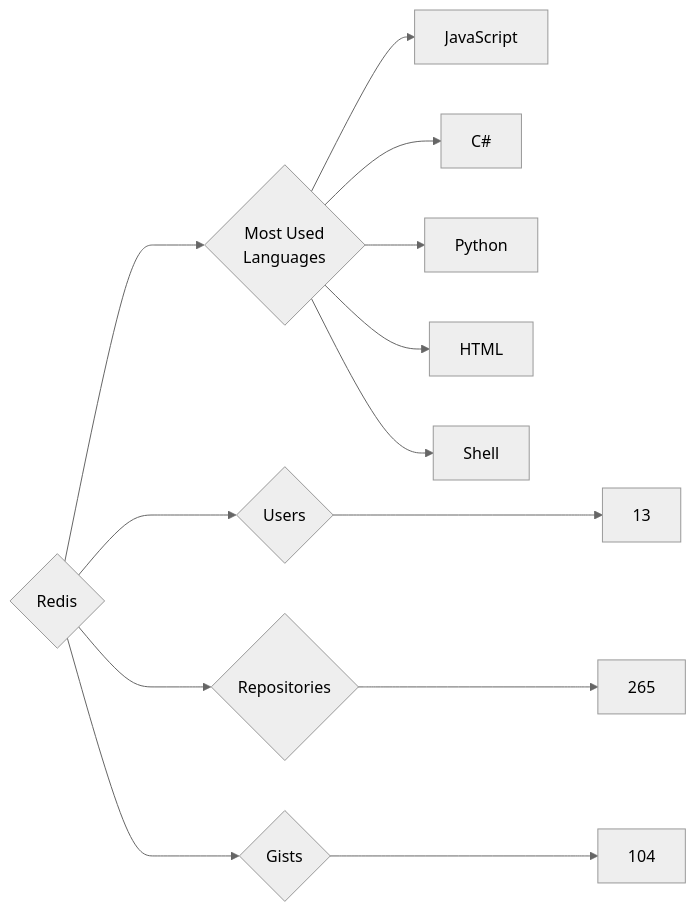
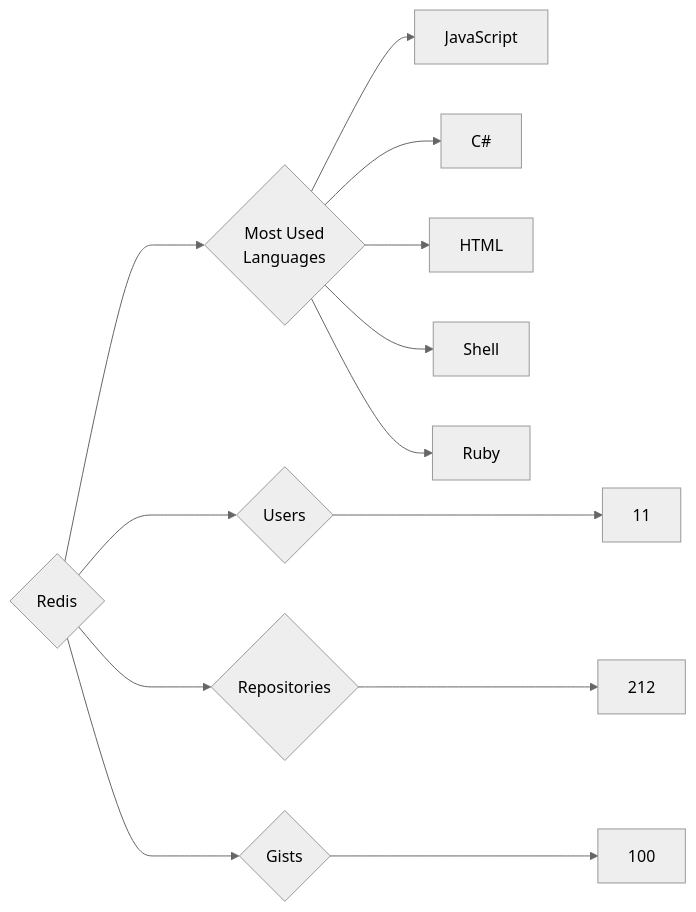
One commit to trickest/insiders changed the diagram in targets/Redis/README.md. Above: the diagram before and after it, drawn with Mermaid (neutral theme). The commit also changed 728 other files, not shown here.

````diff
--- a/targets/Redis/README.md
+++ b/targets/Redis/README.md
@@ -3,13 +3,13 @@
 ```mermaid
 graph LR
 COMPANY_NAME{Redis}
-COMPANY_NAME ---> U{Users} ---> UN[13]
-COMPANY_NAME ---> R{Repositories} ---> RN[265]
-COMPANY_NAME ---> G{Gists} ---> GN[104]
+COMPANY_NAME ---> U{Users} ---> UN[11]
+COMPANY_NAME ---> R{Repositories} ---> RN[212]
+COMPANY_NAME ---> G{Gists} ---> GN[100]
 COMPANY_NAME ---> ML{Most Used<br>Languages}
 ML --> JavaScript[JavaScript]
 ML --> C#[C#]
-ML --> Python[Python]
 ML --> HTML[HTML]
 ML --> Shell[Shell]
+ML --> Ruby[Ruby]
 ```
````
